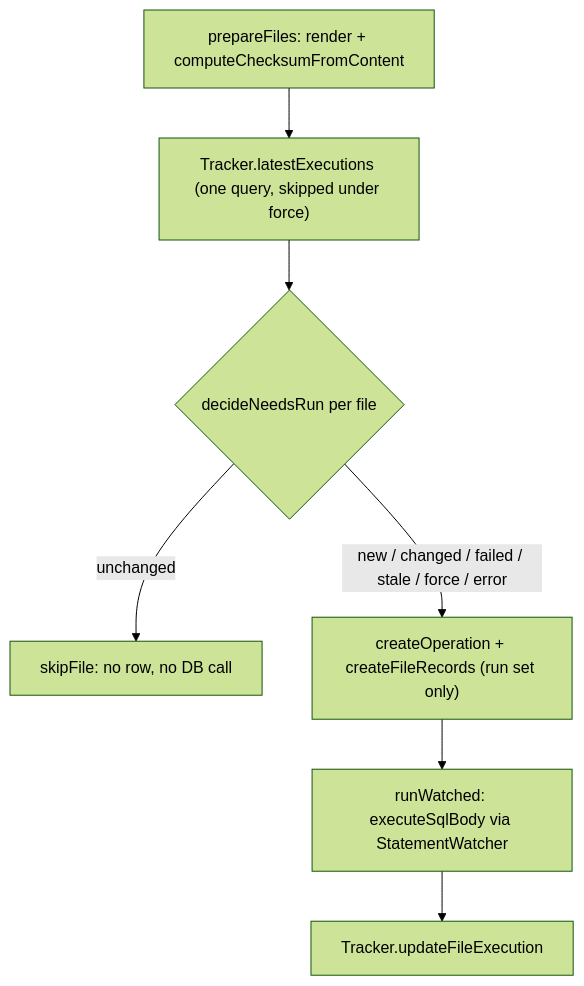
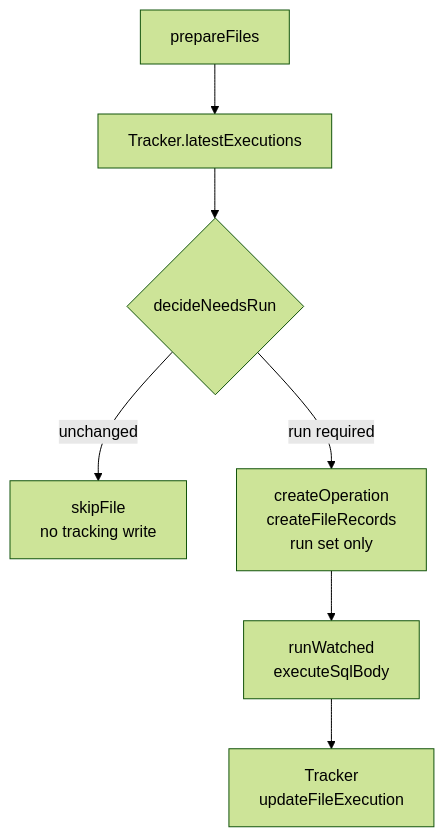
One commit to noormdev/noorm changed the first of 8 diagrams in docs/wiki/core-runner.md. Above: the diagram before and after it, drawn with Mermaid (forest theme). The commit also changed other lines of this file and 228 other files, not shown here.

````diff
--- a/docs/wiki/core-runner.md
+++ b/docs/wiki/core-runner.md
@@ -19,9 +21,10 @@
 ```mermaid
 flowchart TD
-    A["prepareFiles: render + computeChecksumFromContent"] --> B["Tracker.latestExecutions (one query, skipped under force)"]
-    B --> C{"decideNeedsRun per file"}
-    C -->|"unchanged"| E["skipFile: no row, no DB call"]
-    C -->|"new / changed / failed / stale / force / error"| F["createOperation + createFileRecords (run set only)"]
-    F --> D["runWatched: executeSqlBody via StatementWatcher"]
-    D --> G["Tracker.updateFileExecution"]
+    %% source: src/core/runner/runner.ts, src/core/runner/tracker.ts
+    A["prepareFiles"] --> B["Tracker.latestExecutions"]
+    B --> C{"decideNeedsRun"}
+    C -->|"unchanged"| E["skipFile<br/>no tracking write"]
+    C -->|"run required"| F["createOperation<br/>createFileRecords<br/>run set only"]
+    F --> D["runWatched<br/>executeSqlBody"]
+    D --> G["Tracker<br/>updateFileExecution"]
 ```
````
